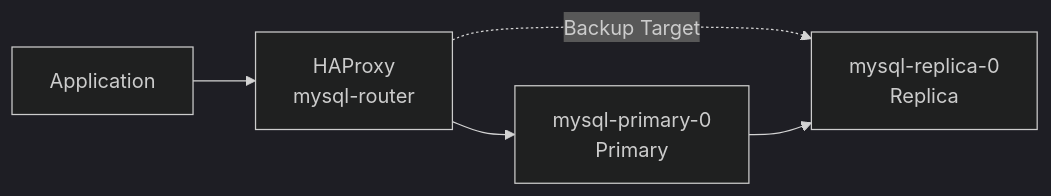
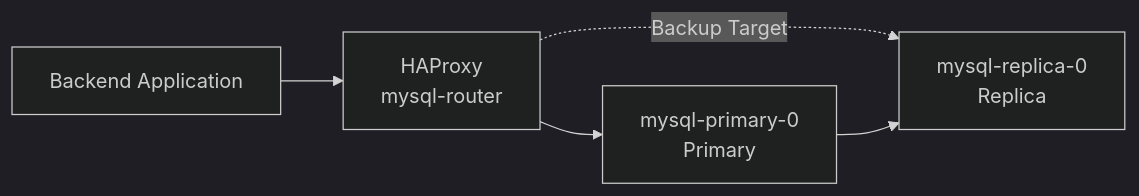
One commit to ahmed-sayed-devops/microservices-platform-gitops changed the fourth of 23 diagrams in docs/05-storage/README.md. Above: the diagram before and after it, drawn with Mermaid (dark theme). The commit also changed other lines of this file, not shown here.

````diff
--- a/docs/05-storage/README.md
+++ b/docs/05-storage/README.md
@@ -166,12 +169,15 @@
 ```mermaid
 graph LR
-    APP[Application]
+    APP[Backend Application]
+
     ROUTER[HAProxy<br/>mysql-router]
+
     PRIMARY[mysql-primary-0<br/>Primary]
     REPLICA[mysql-replica-0<br/>Replica]
 
     APP --> ROUTER
     ROUTER --> PRIMARY
     ROUTER -. Backup Target .-> REPLICA
+
     PRIMARY --> REPLICA
 ```
````
